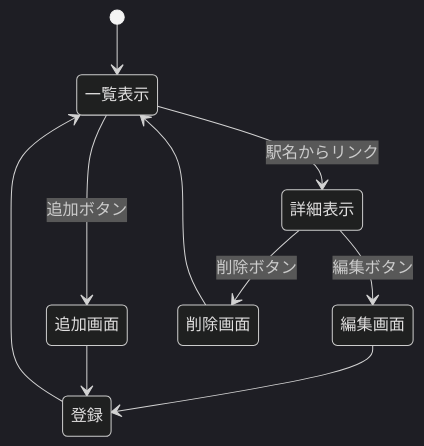
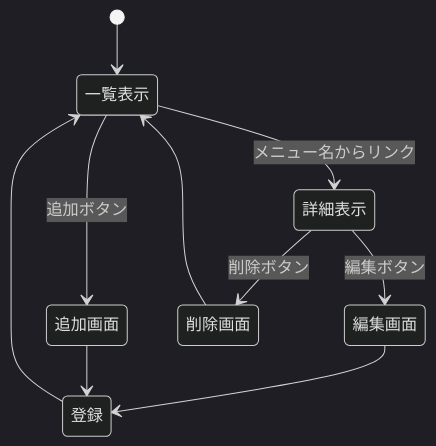
The diagram in example.md (shi819hori12/webpro_06), drawn with Mermaid (dark theme) before and after one commit. The commit also changed 12 other files, not shown here.

````diff
--- a/example.md
+++ b/example.md
@@ -173,12 +173,12 @@
 ```mermaid
 stateDiagram-v2
     [*] --> 一覧表示
-    一覧表示 --> 詳細表示: 駅名からリンク
+    一覧表示 --> 詳細表示: メニュー名からリンク
     詳細表示 --> 編集画面: 編集ボタン
     編集画面 --> 登録
     登録 --> 一覧表示
     一覧表示 --> 追加画面: 追加ボタン
     追加画面 --> 登録
     詳細表示 --> 削除画面: 削除ボタン
     削除画面 --> 一覧表示
 ```
````
